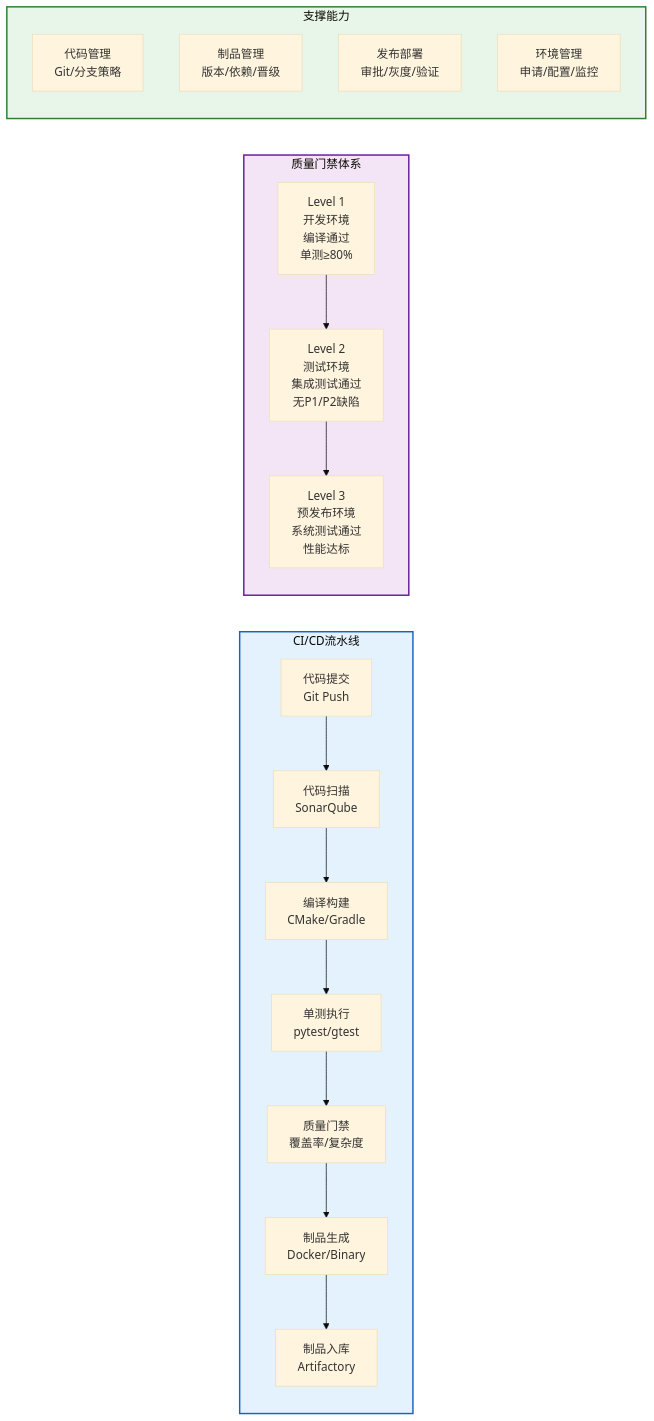
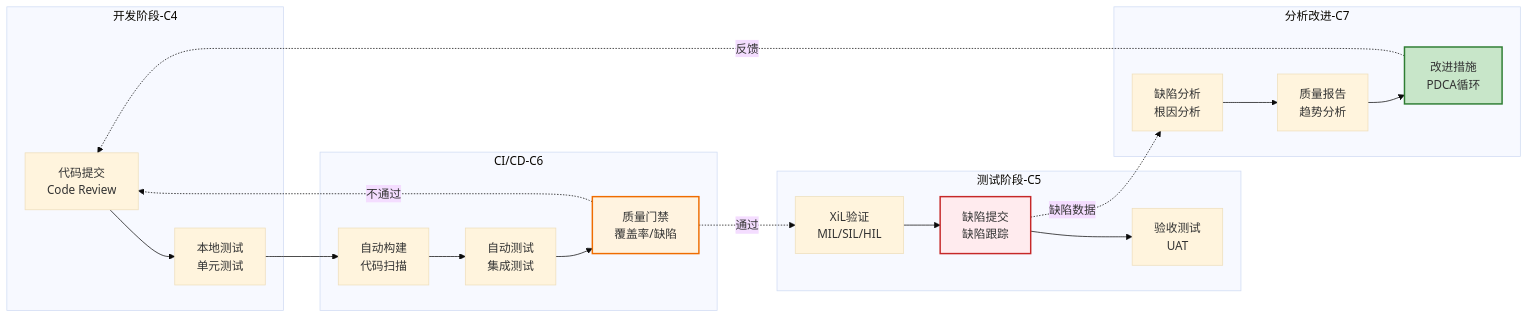
Diagram 25 of 30 in platform-design/AUTO_RD_PLATFORM_DESIGN_MERMAID.md (zjx-immersion/auto-rd-platform-prototype), drawn with Mermaid (base theme) before and after one commit. The commit also changed other lines of this file, not shown here.

````diff
--- a/platform-design/AUTO_RD_PLATFORM_DESIGN_MERMAID.md
+++ b/platform-design/AUTO_RD_PLATFORM_DESIGN_MERMAID.md
@@ -1042,30 +998,38 @@
 ```mermaid
 graph LR
-    subgraph Pipeline["CI/CD流水线"]
-        P1[代码提交<br/>Git Push] --> P2[代码扫描<br/>SonarQube]
-        P2 --> P3[编译构建<br/>CMake/Gradle]
-        P3 --> P4[单测执行<br/>pytest/gtest]
-        P4 --> P5[质量门禁<br/>覆盖率/复杂度]
-        P5 --> P6[制品生成<br/>Docker/Binary]
-        P6 --> P7[制品入库<br/>Artifactory]
+    subgraph 开发阶段-C4
+        D1[代码提交<br/>Code Review]
+        D2[本地测试<br/>单元测试]
     end
-
-    subgraph Gates["质量门禁体系"]
-        L1[Level 1<br/>开发环境<br/>编译通过<br/>单测≥80%]
-        L2[Level 2<br/>测试环境<br/>集成测试通过<br/>无P1/P2缺陷]
-        L3[Level 3<br/>预发布环境<br/>系统测试通过<br/>性能达标]
-
-        L1 --> L2 --> L3
+    
+    subgraph CI/CD-C6
+        I1[自动构建<br/>代码扫描]
+        I2[自动测试<br/>集成测试]
+        I3[质量门禁<br/>覆盖率/缺陷]
     end
-
-    subgraph Support["支撑能力"]
-        Code[代码管理<br/>Git/分支策略]
-        Artifact[制品管理<br/>版本/依赖/晋级]
-        Deploy[发布部署<br/>审批/灰度/验证]
-        Env[环境管理<br/>申请/配置/监控]
+    
+    subgraph 测试阶段-C5
+        T1[XiL验证<br/>MIL/SIL/HIL]
+        T2[缺陷提交<br/>缺陷跟踪]
+        T3[验收测试<br/>UAT]
     end
-
-    style Pipeline fill:#e3f2fd,stroke:#1565c0,stroke-width:2px
-    style Gates fill:#f3e5f5,stroke:#6a1b9a,stroke-width:2px
-    style Support fill:#e8f5e9,stroke:#2e7d32,stroke-width:2px
+    
+    subgraph 分析改进-C7
+        A1[缺陷分析<br/>根因分析]
+        A2[质量报告<br/>趋势分析]
+        A3[改进措施<br/>PDCA循环]
+    end
+    
+    D1 --> D2 --> I1
+    I1 --> I2 --> I3
+    I3 -.通过.-> T1
+    I3 -.不通过.-> D1
+    T1 --> T2 --> T3
+    T2 -.缺陷数据.-> A1
+    A1 --> A2 --> A3
+    A3 -.反馈.-> D1
+    
+    style I3 fill:#fff3e0,stroke:#ef6c00,stroke-width:2px
+    style T2 fill:#ffebee,stroke:#c62828,stroke-width:2px
+    style A3 fill:#c8e6c9,stroke:#2e7d32,stroke-width:2px
 ```
````
